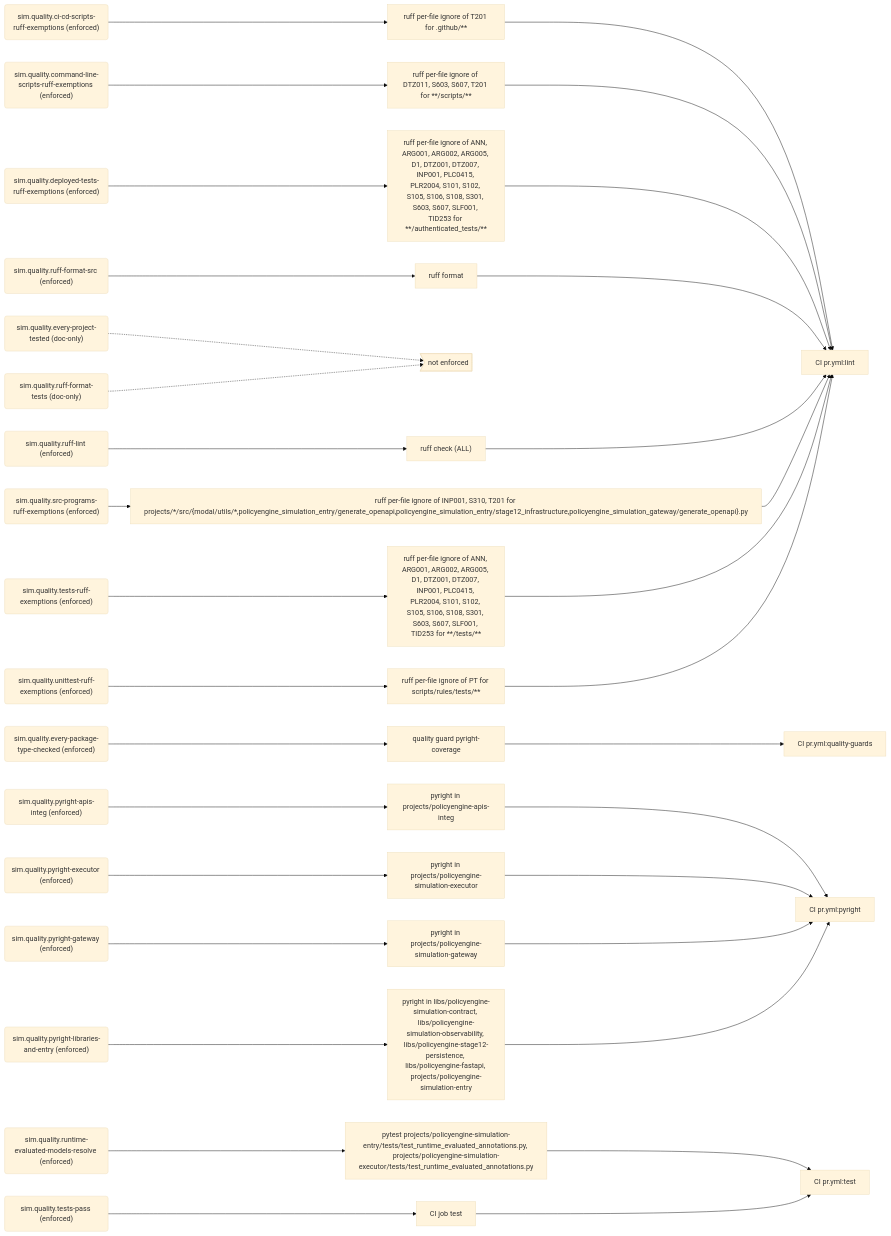
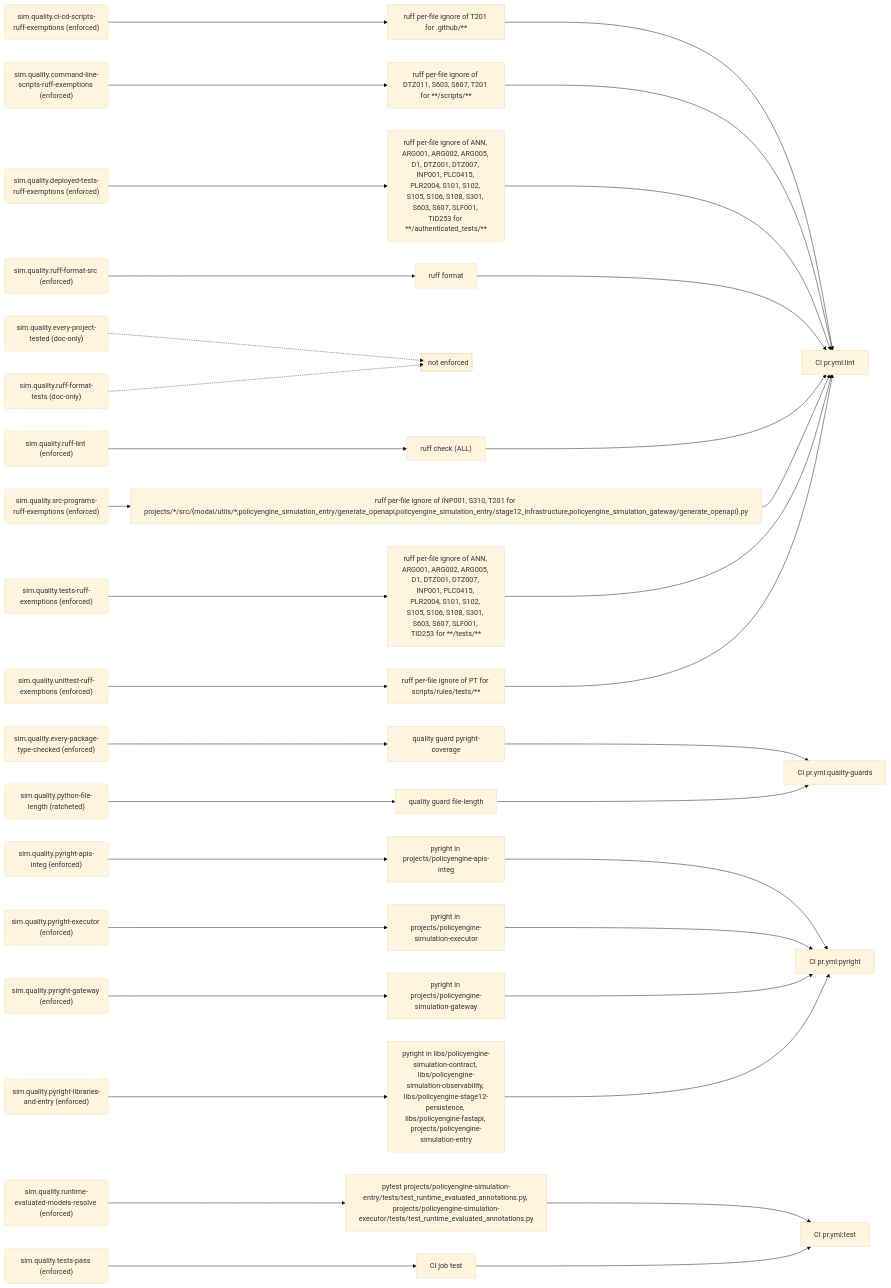
One commit to PolicyEngine/policyengine-sim-api changed the seventh of 10 diagrams in docs/generated/rules.md. Above: the diagram before and after it, drawn with Mermaid (base theme). The commit also changed other lines of this file and 11 other files, not shown here.

First line of the commit message:
Add a file-length rule for Python files

````diff
--- a/docs/generated/rules.md
+++ b/docs/generated/rules.md
@@ -303,72 +305,76 @@
 ```mermaid
 flowchart LR
   r_sim_quality_ci_cd_scripts_ruff_exemptions("sim.quality.ci-cd-scripts-ruff-exemptions (enforced)")
   e_ruff_per_file_ignore_of_T201_for__github___["ruff per-file ignore of T201 for .github/**"]
   j_CI_pr_yml_lint["CI pr.yml:lint"]
   r_sim_quality_command_line_scripts_ruff_exemptions("sim.quality.command-line-scripts-ruff-exemptions (enforced)")
   e_ruff_per_file_ignore_of_DTZ011__S603__S607__T201_for____scripts___["ruff per-file ignore of DTZ011, S603, S607, T201 for **/scripts/**"]
   r_sim_quality_deployed_tests_ruff_exemptions("sim.quality.deployed-tests-ruff-exemptions (enforced)")
   e_ruff_per_file_ignore_of_ANN__ARG001__ARG002__ARG005__D1__DTZ001__DTZ007__INP001__PLC0415__PLR2004__S101__S102__S105__S106__S108__S301__S603__S607__SLF001__TID253_for____authenticated_tests___["ruff per-file ignore of ANN, ARG001, ARG002, ARG005, D1, DTZ001, DTZ007, INP001, PLC0415, PLR2004, S101, S102, S105, S106, S108, S301, S603, S607, SLF001, TID253 for **/authenticated_tests/**"]
   r_sim_quality_every_package_type_checked("sim.quality.every-package-type-checked (enforced)")
   e_quality_guard_pyright_coverage["quality guard pyright-coverage"]
   j_CI_pr_yml_quality_guards["CI pr.yml:quality-guards"]
   r_sim_quality_every_project_tested("sim.quality.every-project-tested (doc-only)")
   gap_unenforced>"not enforced"]
   r_sim_quality_pyright_apis_integ("sim.quality.pyright-apis-integ (enforced)")
   e_pyright_in_projects_policyengine_apis_integ["pyright in projects/policyengine-apis-integ"]
   j_CI_pr_yml_pyright["CI pr.yml:pyright"]
   r_sim_quality_pyright_executor("sim.quality.pyright-executor (enforced)")
   e_pyright_in_projects_policyengine_simulation_executor["pyright in projects/policyengine-simulation-executor"]
   r_sim_quality_pyright_gateway("sim.quality.pyright-gateway (enforced)")
   e_pyright_in_projects_policyengine_simulation_gateway["pyright in projects/policyengine-simulation-gateway"]
   r_sim_quality_pyright_libraries_and_entry("sim.quality.pyright-libraries-and-entry (enforced)")
   e_pyright_in_libs_policyengine_simulation_contract__libs_policyengine_simulation_observability__libs_policyengine_stage12_persistence__libs_policyengine_fastapi__projects_policyengine_simulation_entry["pyright in libs/policyengine-simulation-contract, libs/policyengine-simulation-observability, libs/policyengine-stage12-persistence, libs/policyengine-fastapi, projects/policyengine-simulation-entry"]
+  r_sim_quality_python_file_length("sim.quality.python-file-length (ratcheted)")
+  e_quality_guard_file_length["quality guard file-length"]
   r_sim_quality_ruff_format_src("sim.quality.ruff-format-src (enforced)")
   e_ruff_format["ruff format"]
   r_sim_quality_ruff_format_tests("sim.quality.ruff-format-tests (doc-only)")
   r_sim_quality_ruff_lint("sim.quality.ruff-lint (enforced)")
   e_ruff_check__ALL_["ruff check (ALL)"]
   r_sim_quality_runtime_evaluated_models_resolve("sim.quality.runtime-evaluated-models-resolve (enforced)")
   e_pytest_projects_policyengine_simulation_entry_tests_test_runtime_evaluated_annotations_py__projects_policyengine_simulation_executor_tests_test_runtime_evaluated_annotations_py["pytest projects/policyengine-simulation-entry/tests/test_runtime_evaluated_annotations.py, projects/policyengine-simulation-executor/tests/test_runtime_evaluated_annotations.py"]
   j_CI_pr_yml_test["CI pr.yml:test"]
   r_sim_quality_src_programs_ruff_exemptions("sim.quality.src-programs-ruff-exemptions (enforced)")
   e_ruff_per_file_ignore_of_INP001__S310__T201_for_projects___src__modal_utils___policyengine_simulation_entry_generate_openapi_policyengine_simulation_entry_stage12_infrastructure_policyengine_simulation_gateway_generate_openapi__py["ruff per-file ignore of INP001, S310, T201 for projects/*/src/{modal/utils/*,policyengine_simulation_entry/generate_openapi,policyengine_simulation_entry/stage12_infrastructure,policyengine_simulation_gateway/generate_openapi}.py"]
   r_sim_quality_tests_pass("sim.quality.tests-pass (enforced)")
   e_CI_job_test["CI job test"]
   r_sim_quality_tests_ruff_exemptions("sim.quality.tests-ruff-exemptions (enforced)")
   e_ruff_per_file_ignore_of_ANN__ARG001__ARG002__ARG005__D1__DTZ001__DTZ007__INP001__PLC0415__PLR2004__S101__S102__S105__S106__S108__S301__S603__S607__SLF001__TID253_for____tests___["ruff per-file ignore of ANN, ARG001, ARG002, ARG005, D1, DTZ001, DTZ007, INP001, PLC0415, PLR2004, S101, S102, S105, S106, S108, S301, S603, S607, SLF001, TID253 for **/tests/**"]
   r_sim_quality_unittest_ruff_exemptions("sim.quality.unittest-ruff-exemptions (enforced)")
   e_ruff_per_file_ignore_of_PT_for_scripts_rules_tests___["ruff per-file ignore of PT for scripts/rules/tests/**"]
   r_sim_quality_ci_cd_scripts_ruff_exemptions --> e_ruff_per_file_ignore_of_T201_for__github___
   e_ruff_per_file_ignore_of_T201_for__github___ --> j_CI_pr_yml_lint
   r_sim_quality_command_line_scripts_ruff_exemptions --> e_ruff_per_file_ignore_of_DTZ011__S603__S607__T201_for____scripts___
   e_ruff_per_file_ignore_of_DTZ011__S603__S607__T201_for____scripts___ --> j_CI_pr_yml_lint
   r_sim_quality_deployed_tests_ruff_exemptions --> e_ruff_per_file_ignore_of_ANN__ARG001__ARG002__ARG005__D1__DTZ001__DTZ007__INP001__PLC0415__PLR2004__S101__S102__S105__S106__S108__S301__S603__S607__SLF001__TID253_for____authenticated_tests___
   e_ruff_per_file_ignore_of_ANN__ARG001__ARG002__ARG005__D1__DTZ001__DTZ007__INP001__PLC0415__PLR2004__S101__S102__S105__S106__S108__S301__S603__S607__SLF001__TID253_for____authenticated_tests___ --> j_CI_pr_yml_lint
   r_sim_quality_every_package_type_checked --> e_quality_guard_pyright_coverage
   e_quality_guard_pyright_coverage --> j_CI_pr_yml_quality_guards
   r_sim_quality_every_project_tested -.-> gap_unenforced
   r_sim_quality_pyright_apis_integ --> e_pyright_in_projects_policyengine_apis_integ
   e_pyright_in_projects_policyengine_apis_integ --> j_CI_pr_yml_pyright
   r_sim_quality_pyright_executor --> e_pyright_in_projects_policyengine_simulation_executor
   e_pyright_in_projects_policyengine_simulation_executor --> j_CI_pr_yml_pyright
   r_sim_quality_pyright_gateway --> e_pyright_in_projects_policyengine_simulation_gateway
   e_pyright_in_projects_policyengine_simulation_gateway --> j_CI_pr_yml_pyright
   r_sim_quality_pyright_libraries_and_entry --> e_pyright_in_libs_policyengine_simulation_contract__libs_policyengine_simulation_observability__libs_policyengine_stage12_persistence__libs_policyengine_fastapi__projects_policyengine_simulation_entry
   e_pyright_in_libs_policyengine_simulation_contract__libs_policyengine_simulation_observability__libs_policyengine_stage12_persistence__libs_policyengine_fastapi__projects_policyengine_simulation_entry --> j_CI_pr_yml_pyright
+  r_sim_quality_python_file_length --> e_quality_guard_file_length
+  e_quality_guard_file_length --> j_CI_pr_yml_quality_guards
   r_sim_quality_ruff_format_src --> e_ruff_format
   e_ruff_format --> j_CI_pr_yml_lint
   r_sim_quality_ruff_format_tests -.-> gap_unenforced
   r_sim_quality_ruff_lint --> e_ruff_check__ALL_
   e_ruff_check__ALL_ --> j_CI_pr_yml_lint
   r_sim_quality_runtime_evaluated_models_resolve --> e_pytest_projects_policyengine_simulation_entry_tests_test_runtime_evaluated_annotations_py__projects_policyengine_simulation_executor_tests_test_runtime_evaluated_annotations_py
   e_pytest_projects_policyengine_simulation_entry_tests_test_runtime_evaluated_annotations_py__projects_policyengine_simulation_executor_tests_test_runtime_evaluated_annotations_py --> j_CI_pr_yml_test
   r_sim_quality_src_programs_ruff_exemptions --> e_ruff_per_file_ignore_of_INP001__S310__T201_for_projects___src__modal_utils___policyengine_simulation_entry_generate_openapi_policyengine_simulation_entry_stage12_infrastructure_policyengine_simulation_gateway_generate_openapi__py
   e_ruff_per_file_ignore_of_INP001__S310__T201_for_projects___src__modal_utils___policyengine_simulation_entry_generate_openapi_policyengine_simulation_entry_stage12_infrastructure_policyengine_simulation_gateway_generate_openapi__py --> j_CI_pr_yml_lint
   r_sim_quality_tests_pass --> e_CI_job_test
   e_CI_job_test --> j_CI_pr_yml_test
   r_sim_quality_tests_ruff_exemptions --> e_ruff_per_file_ignore_of_ANN__ARG001__ARG002__ARG005__D1__DTZ001__DTZ007__INP001__PLC0415__PLR2004__S101__S102__S105__S106__S108__S301__S603__S607__SLF001__TID253_for____tests___
   e_ruff_per_file_ignore_of_ANN__ARG001__ARG002__ARG005__D1__DTZ001__DTZ007__INP001__PLC0415__PLR2004__S101__S102__S105__S106__S108__S301__S603__S607__SLF001__TID253_for____tests___ --> j_CI_pr_yml_lint
   r_sim_quality_unittest_ruff_exemptions --> e_ruff_per_file_ignore_of_PT_for_scripts_rules_tests___
   e_ruff_per_file_ignore_of_PT_for_scripts_rules_tests___ --> j_CI_pr_yml_lint
 ```
````
